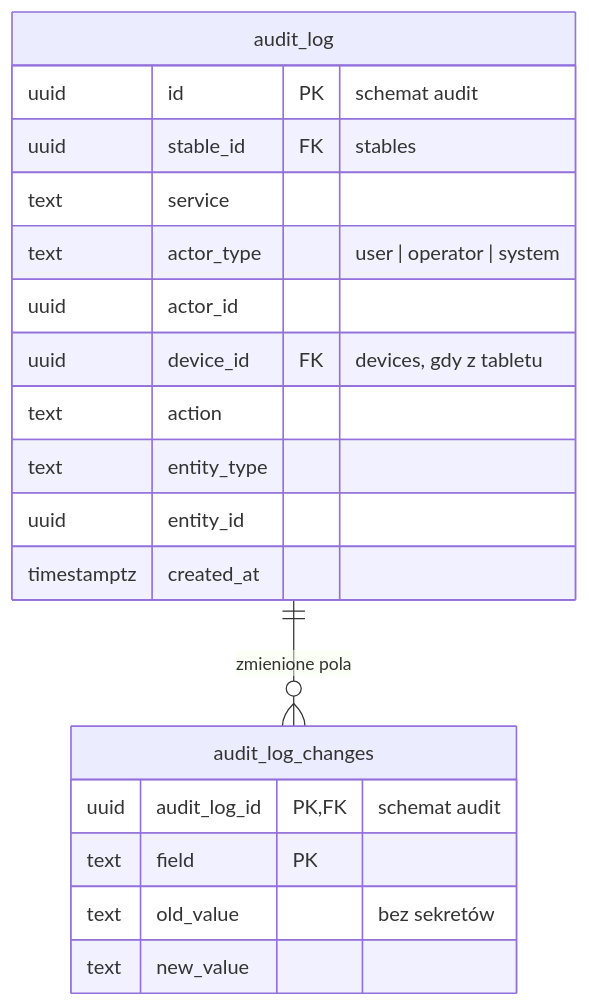
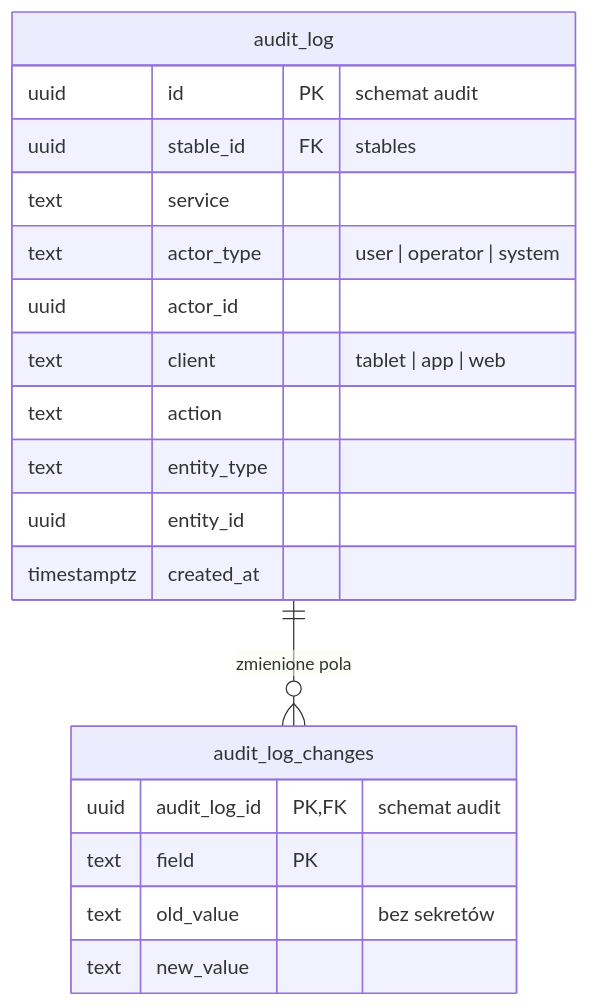
The second of 2 diagrams in docs/erd.md (ClewlerStudent/KonskaAppka), drawn with Mermaid before and after one commit. The commit also changed other lines of this file and 3 other files, not shown here.

First line of the commit message:
ERD: bez tabel urządzeń i bez śledzenia odpytań tablicy

````diff
--- a/docs/erd.md
+++ b/docs/erd.md
@@ -872,22 +787,22 @@
 ```mermaid
 erDiagram
     audit_log {
         uuid id PK "schemat audit"
         uuid stable_id FK "stables"
         text service
         text actor_type "user | operator | system"
         uuid actor_id
-        uuid device_id FK "devices, gdy z tabletu"
+        text client "tablet | app | web"
         text action
         text entity_type
         uuid entity_id
         timestamptz created_at
     }
     audit_log_changes {
         uuid audit_log_id PK, FK "schemat audit"
         text field PK
         text old_value "bez sekretów"
         text new_value
     }
     audit_log ||--o{ audit_log_changes : "zmienione pola"
 ```
````
